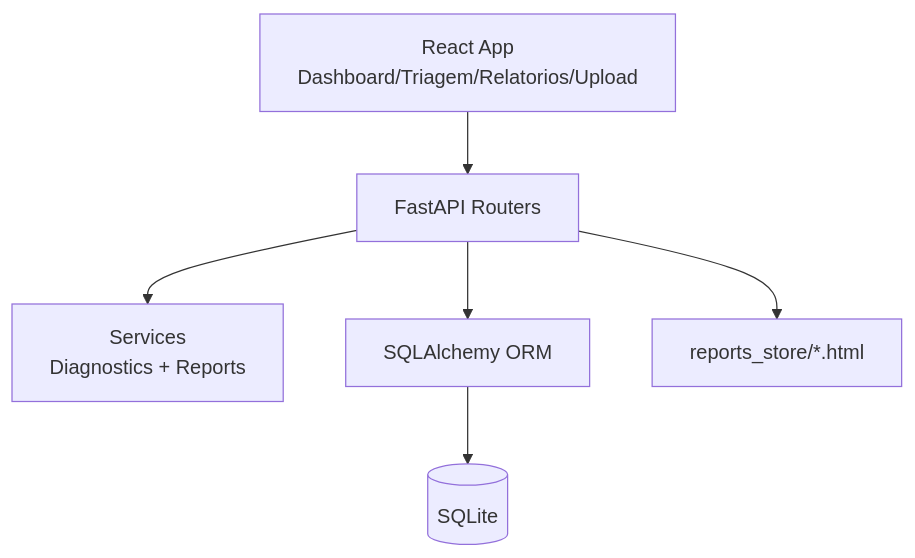
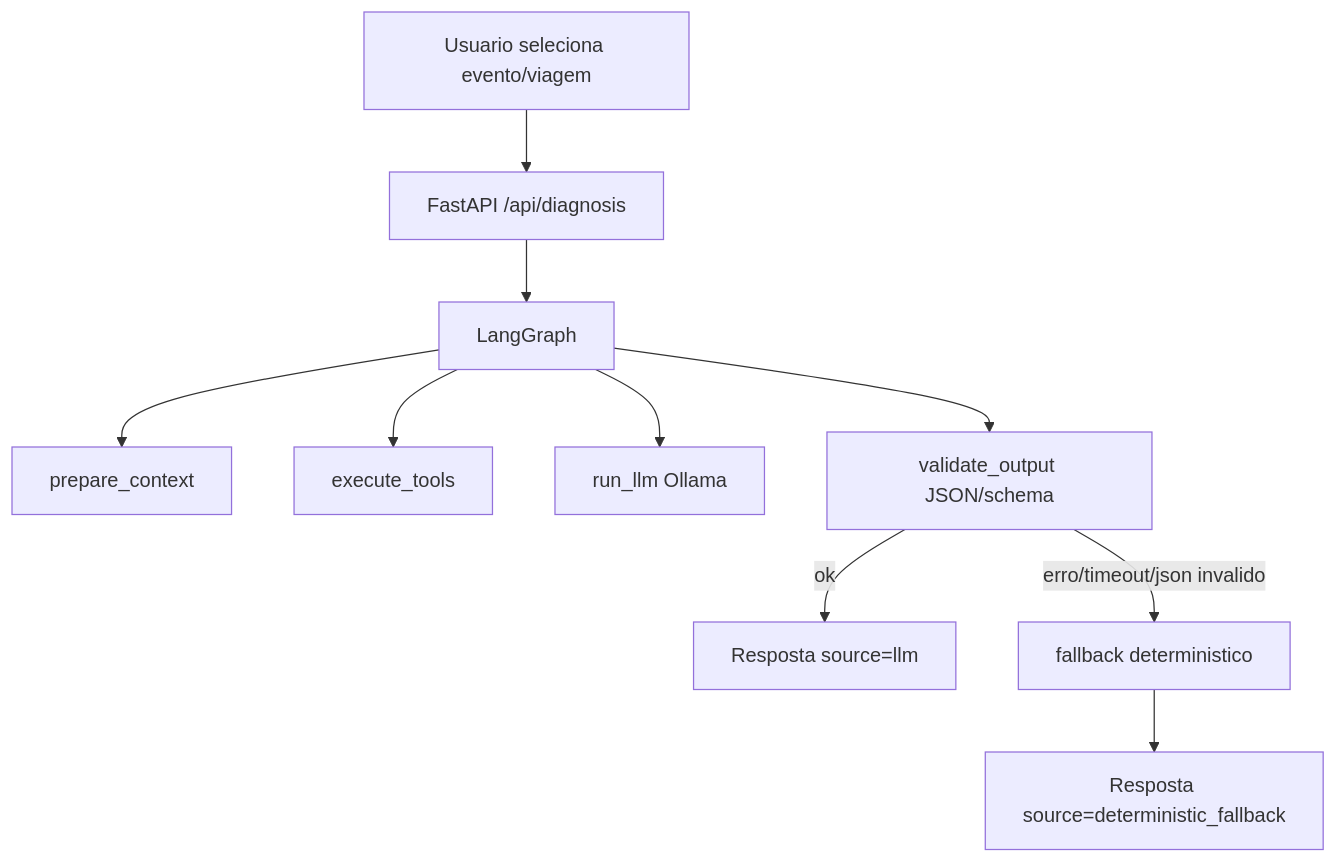
Before and after one commit to nathan-arrais/fleetdoctor: the diagram in README.md, drawn with Mermaid. The commit also changed other lines of this file and 6 other files, not shown here.

Commit message:
docs(llm): organizar prompts tools agentes e guia de apresentacao

````diff
--- a/README.md
+++ b/README.md
@@ -100,8 +24,12 @@
 ```mermaid
 flowchart TD
-    UI[React App\nDashboard/Triagem/Relatorios/Upload] --> API[FastAPI Routers]
-    API --> SVC[Services\nDiagnostics + Reports]
-    API --> ORM[SQLAlchemy ORM]
-    ORM --> DB[(SQLite)]
-    API --> FS[reports_store/*.html]
+    A[Usuario seleciona evento/viagem] --> B[FastAPI /api/diagnosis]
+    B --> C[LangGraph]
+    C --> C1[prepare_context]
+    C --> C2[execute_tools]
+    C --> C3[run_llm Ollama]
+    C --> C4[validate_output JSON/schema]
+    C4 -->|ok| D[Resposta source=llm]
+    C4 -->|erro/timeout/json invalido| E[fallback deterministico]
+    E --> F[Resposta source=deterministic_fallback]
 ```
````
